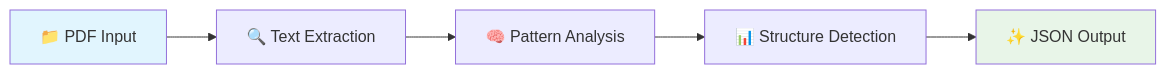
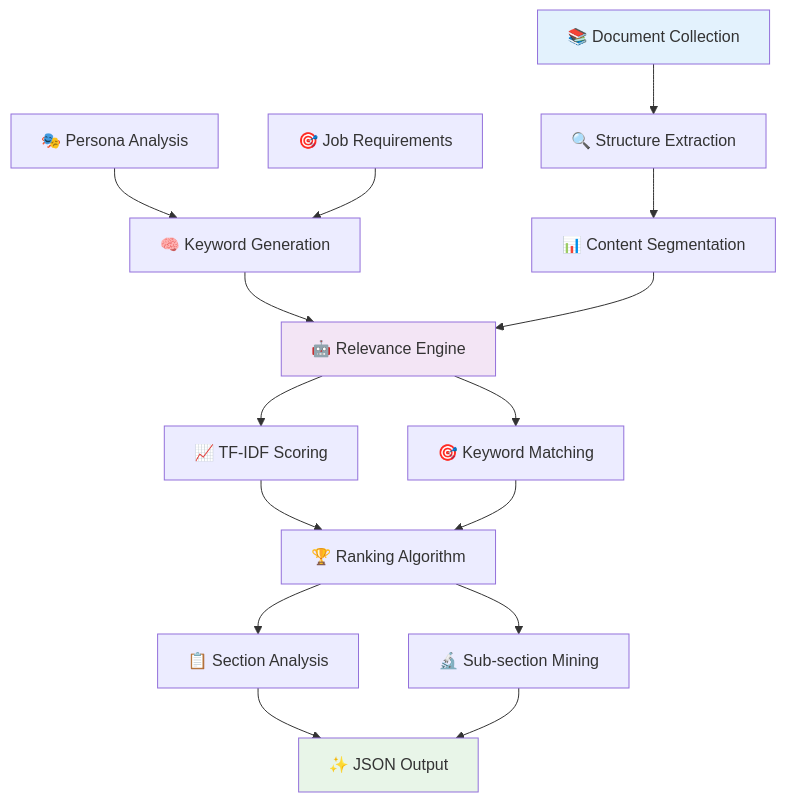
Before and after one commit to diptanu2004/AdobeIndiaHackathon1B: the diagram in README.md, drawn with Mermaid. The commit also changed other lines of this file, not shown here.

````diff
--- a/README.md
+++ b/README.md
@@ -34,10 +35,24 @@
 ```mermaid
-graph LR
-    A[📁 PDF Input] --> B[🔍 Text Extraction]
-    B --> C[🧠 Pattern Analysis]
-    C --> D[📊 Structure Detection]
-    D --> E[✨ JSON Output]
+graph TB
+    A[📚 Document Collection] --> B[🔍 Structure Extraction]
+    C[🎭 Persona Analysis] --> D[🧠 Keyword Generation]
+    E[🎯 Job Requirements] --> D
     
-    style A fill:#e1f5fe
-    style E fill:#e8f5e8
+    B --> F[📊 Content Segmentation]
+    D --> G[🤖 Relevance Engine]
+    F --> G
+    
+    G --> H[📈 TF-IDF Scoring]
+    G --> I[🎯 Keyword Matching]
+    H --> J[🏆 Ranking Algorithm]
+    I --> J
+    
+    J --> K[📋 Section Analysis]
+    J --> L[🔬 Sub-section Mining]
+    K --> M[✨ JSON Output]
+    L --> M
+    
+    style A fill:#e3f2fd
+    style M fill:#e8f5e8
+    style G fill:#f3e5f5
 ```
````
